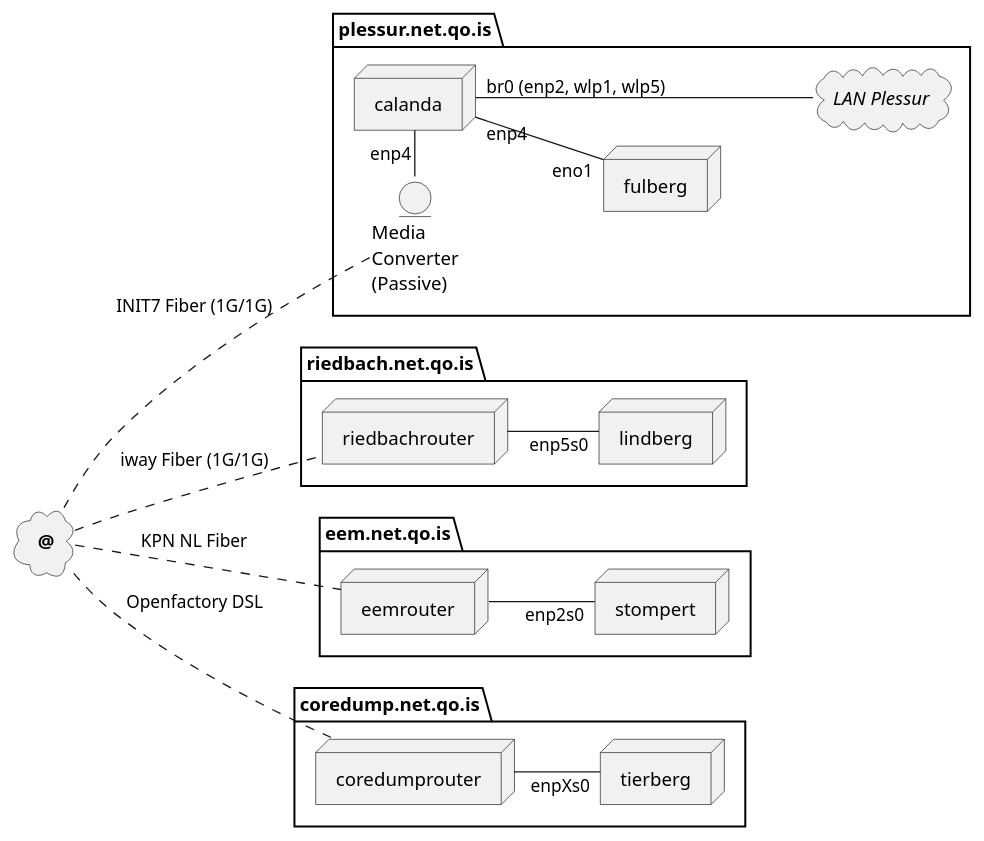
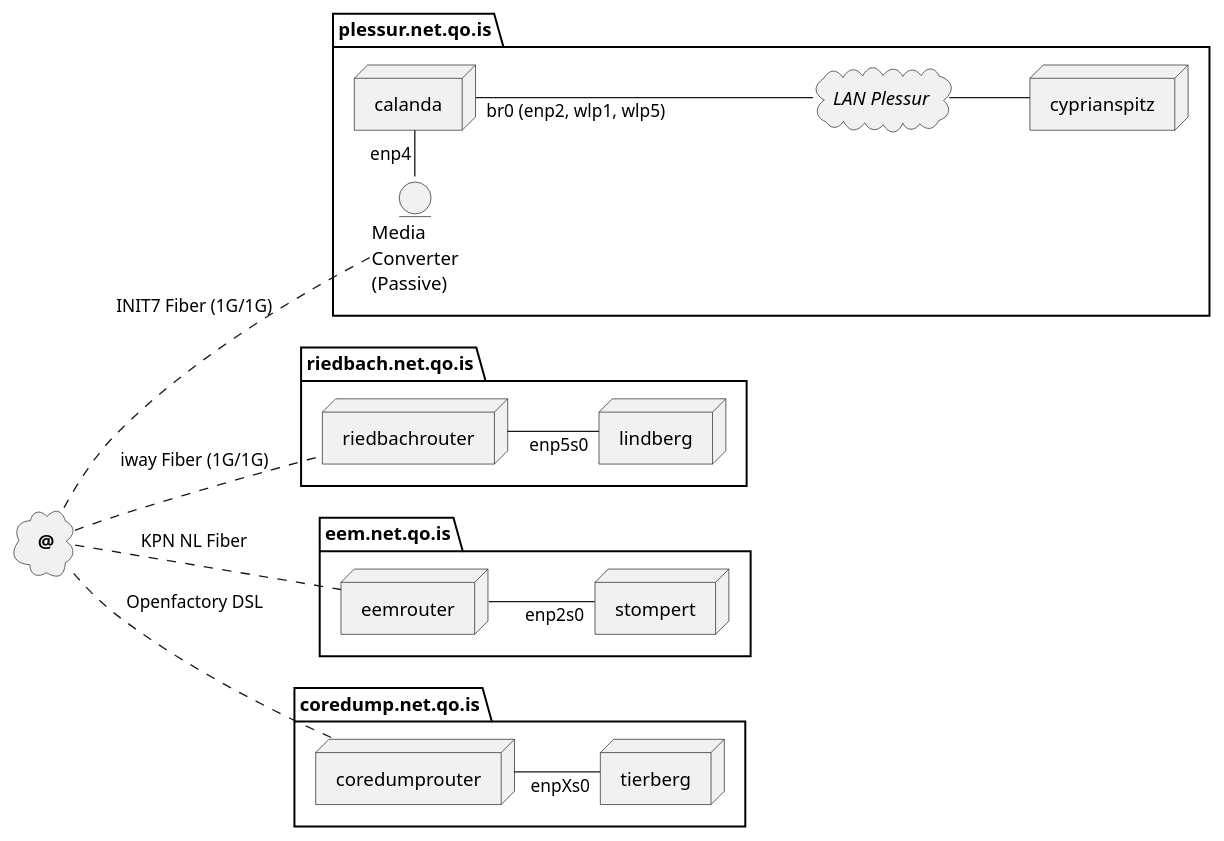
The diagram in defaults/meta/network.md (qo-is/infrastructure), drawn with PlantUML before and after one commit. The commit also changed 17 other files, not shown here.

````diff
--- a/defaults/meta/network.md
+++ b/defaults/meta/network.md
@@ -7,59 +7,59 @@
 ```plantuml
 @startuml
 skinparam style strictuml
 left to right direction
 
 package "plessur.net.qo.is" {
 
   entity mediaconvchur [
     Media
     Converter
     (Passive)
   ]
 
   node calanda 
-  node fulberg
+  node cyprianspitz
   
   cloud plessurnet [
     <i>LAN Plessur
   ]
   
   mediaconvchur - "enp4" calanda
   calanda "br0 (enp2, wlp1, wlp5)" --- plessurnet
-  calanda "enp4" -- "eno1" fulberg
+  plessurnet -- cyprianspitz
 } 
 
 package "riedbach.net.qo.is" {
   node riedbachrouter
 
   node lindberg
 
   riedbachrouter -- "enp5s0" lindberg
 }
 
 package "eem.net.qo.is" {
   node eemrouter
 
   node stompert
 
   eemrouter -- "enp2s0" stompert
 }
 
 cloud internet[
 <b>@
 ]
 
 package "coredump.net.qo.is" {
   node coredumprouter
 
   node tierberg
 
   coredumprouter -- "enpXs0" tierberg
 }
 
 internet .. mediaconvchur: INIT7 Fiber (1G/1G)
 internet .. riedbachrouter: iway Fiber (1G/1G)
 internet .. eemrouter: KPN NL Fiber
 internet .. coredumprouter: Openfactory DSL
 @enduml
 ```
````
